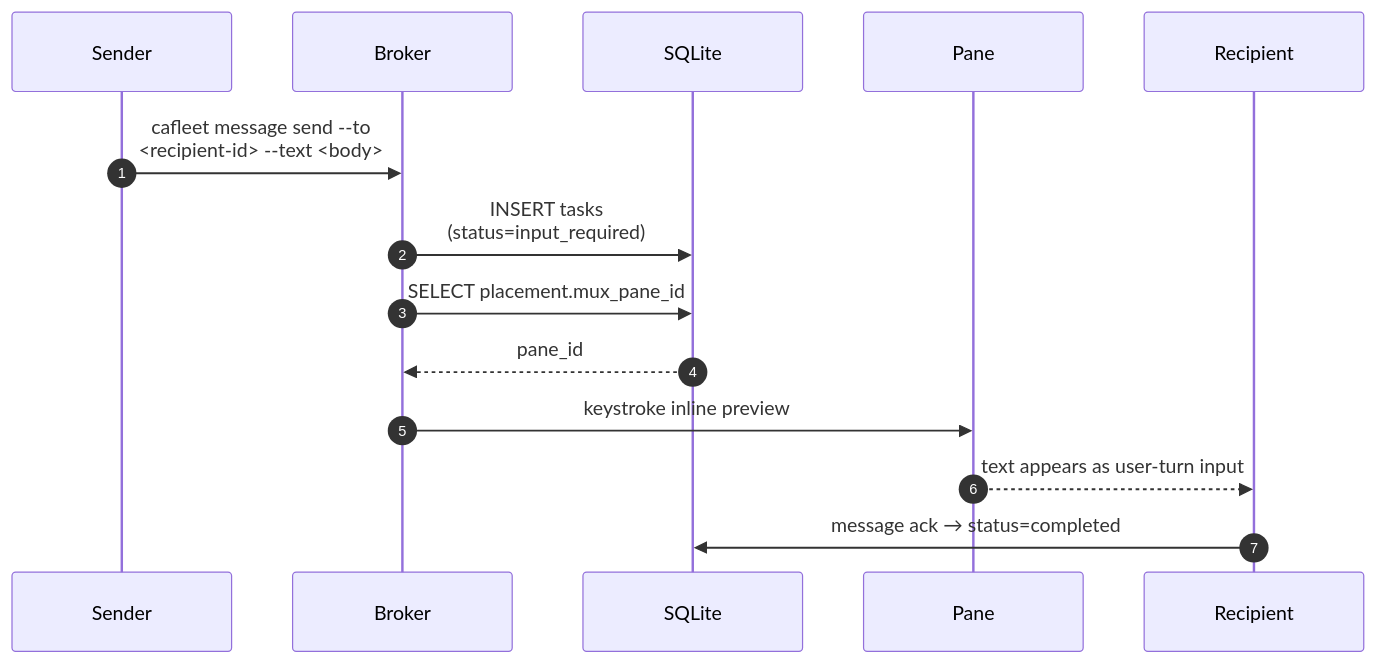
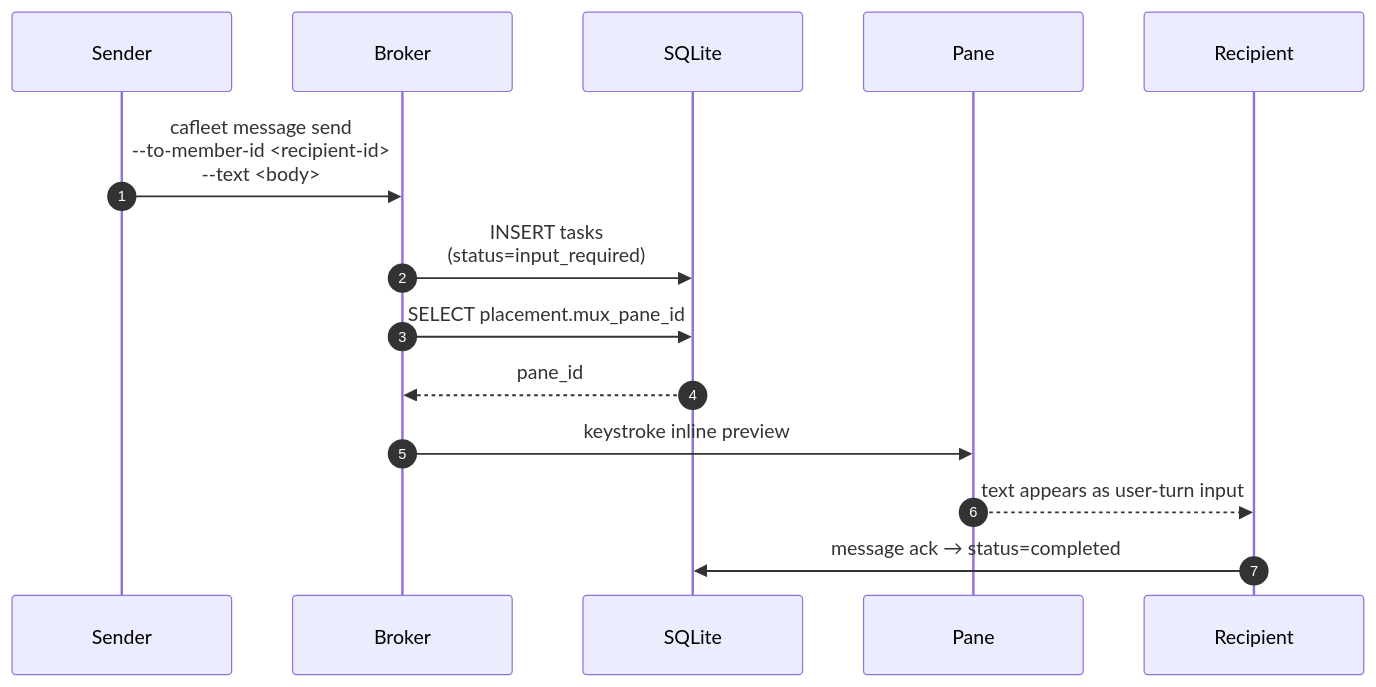
One commit to himkt/cafleet changed the diagram in docs/spec/multiplexer-backends.md. Above: the diagram before and after it, drawn with Mermaid. The commit also changed other lines of this file and 64 other files, not shown here.

````diff
--- a/docs/spec/multiplexer-backends.md
+++ b/docs/spec/multiplexer-backends.md
@@ -82,18 +83,18 @@
 ```mermaid
 %%{init: {'theme': 'default', 'sequence': {'actorFontSize': 18, 'messageFontSize': 16, 'noteFontSize': 16, 'wrap': true, 'width': 180}}}%%
 sequenceDiagram
     autonumber
     participant Sender
     participant Broker
     participant DB as SQLite
     participant Pane
     participant Recipient
 
-    Sender->>Broker: cafleet message send --to <recipient-id> --text <body>
+    Sender->>Broker: cafleet message send --to-member-id <recipient-id> --text <body>
     Broker->>DB: INSERT tasks (status=input_required)
     Broker->>DB: SELECT placement.mux_pane_id
     DB-->>Broker: pane_id
     Broker->>Pane: keystroke inline preview
     Pane-->>Recipient: text appears as user-turn input
     Recipient->>DB: message ack → status=completed
 ```
````
